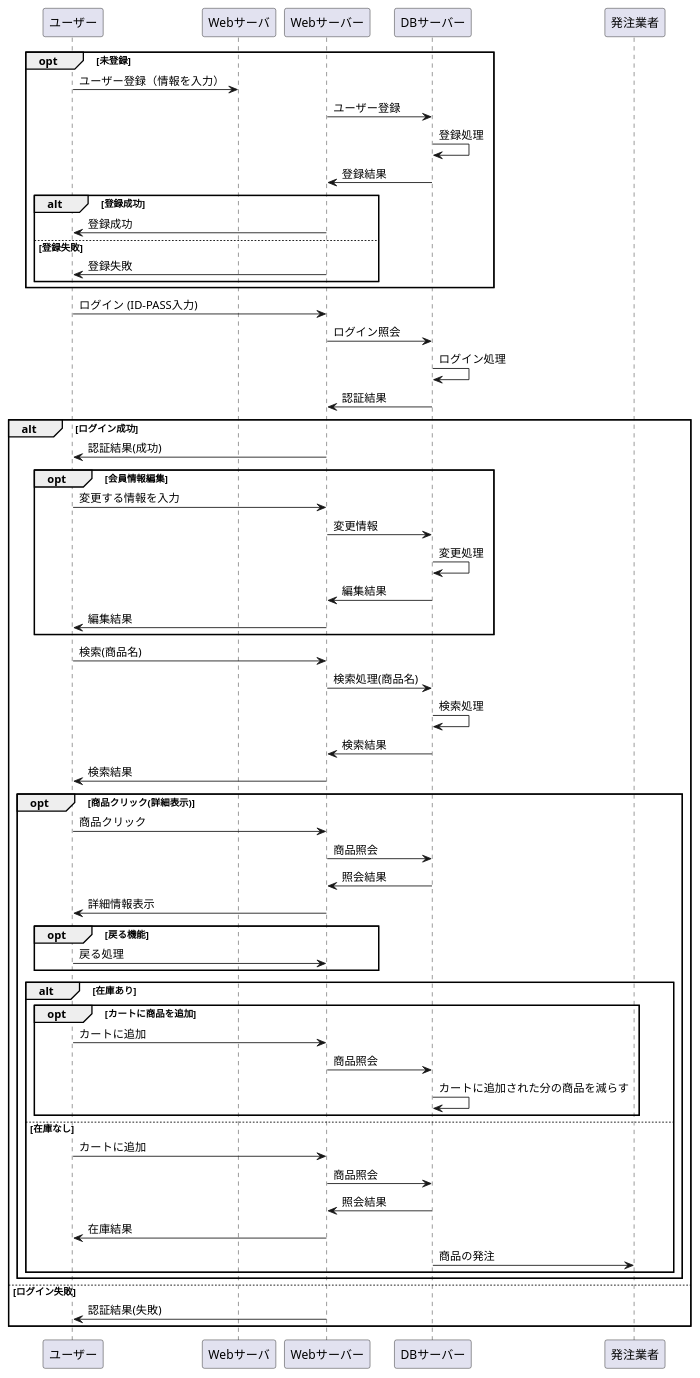
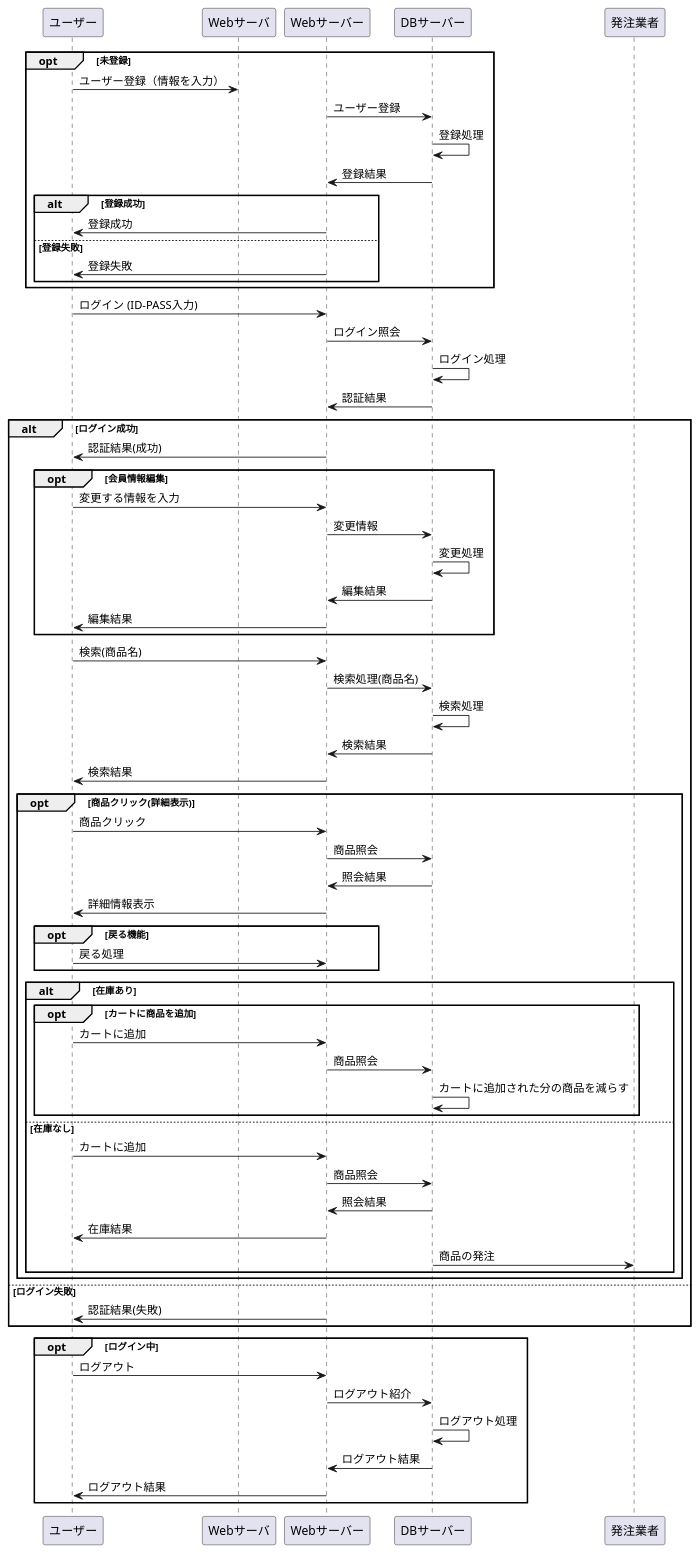
Before and after one commit to Aso2001001/2021sys-design: the diagram in src/md/02業務フロー.md, drawn with PlantUML.

````diff
--- a/src/md/02業務フロー.md
+++ b/src/md/02業務フロー.md
@@ -1,69 +1,77 @@
 ```uml
 @startuml
 opt 未登録
 ユーザー -> Webサーバ : ユーザー登録（情報を入力）
 Webサーバー -> DBサーバー : ユーザー登録
 DBサーバー -> DBサーバー : 登録処理
 DBサーバー -> Webサーバー : 登録結果
 
 alt 登録成功
 Webサーバー -> ユーザー : 登録成功
 else 登録失敗
 Webサーバー -> ユーザー : 登録失敗
 end
 end
 
 ユーザー -> Webサーバー : ログイン (ID-PASS入力)
 Webサーバー -> DBサーバー : ログイン照会
 DBサーバー -> DBサーバー : ログイン処理
 DBサーバー -> Webサーバー : 認証結果
 
 alt ログイン成功
 Webサーバー -> ユーザー : 認証結果(成功)
 
 opt 会員情報編集
 ユーザー -> Webサーバー : 変更する情報を入力
 Webサーバー -> DBサーバー : 変更情報
 DBサーバー -> DBサーバー : 変更処理
 DBサーバー -> Webサーバー : 編集結果
 Webサーバー -> ユーザー : 編集結果
 end
 
 ユーザー -> Webサーバー : 検索(商品名)
 Webサーバー -> DBサーバー : 検索処理(商品名)
 DBサーバー -> DBサーバー : 検索処理
 DBサーバー -> Webサーバー : 検索結果
 Webサーバー -> ユーザー : 検索結果
 
 opt 商品クリック(詳細表示)
 ユーザー -> Webサーバー : 商品クリック
 Webサーバー -> DBサーバー : 商品照会
 DBサーバー -> Webサーバー : 照会結果
 Webサーバー -> ユーザー : 詳細情報表示
 
 opt 戻る機能
 ユーザー -> Webサーバー : 戻る処理
 end
 
 alt 在庫あり
 opt カートに商品を追加
 ユーザー -> Webサーバー : カートに追加
 Webサーバー -> DBサーバー : 商品照会
 DBサーバー -> DBサーバー : カートに追加された分の商品を減らす
 end
 
 else 在庫なし
 ユーザー -> Webサーバー : カートに追加
 Webサーバー -> DBサーバー : 商品照会
 DBサーバー -> Webサーバー : 照会結果
 Webサーバー -> ユーザー : 在庫結果
 DBサーバー -> 発注業者 : 商品の発注
 end
 end
 
 else ログイン失敗
 Webサーバー -> ユーザー : 認証結果(失敗)
 end
 
+opt ログイン中
+ユーザー -> Webサーバー :ログアウト
+Webサーバー -> DBサーバー : ログアウト紹介
+DBサーバー -> DBサーバー : ログアウト処理
+DBサーバー -> Webサーバー : ログアウト結果
+Webサーバー -> ユーザー : ログアウト結果
+end
+
 @enduml
 ```
````
